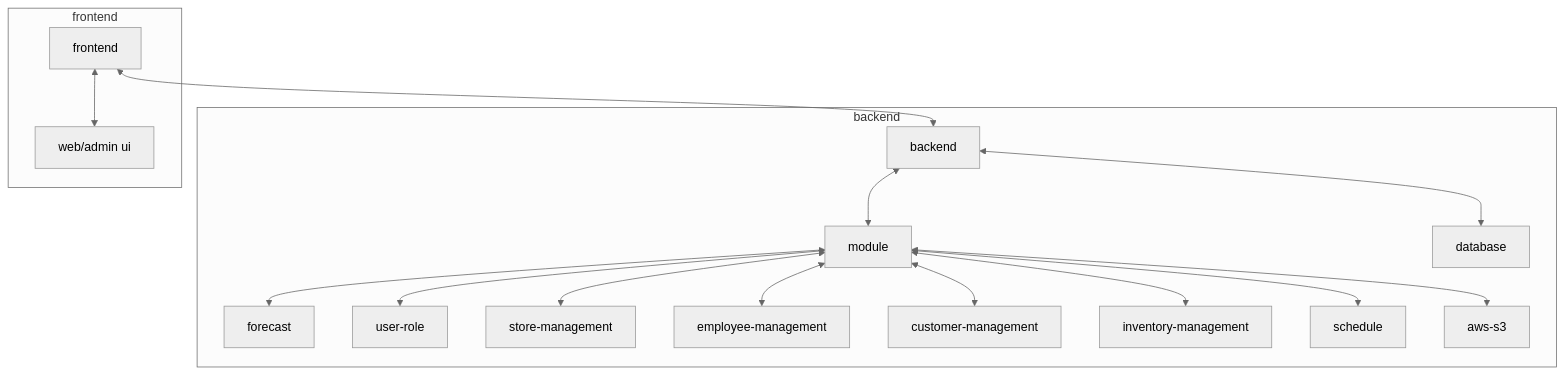
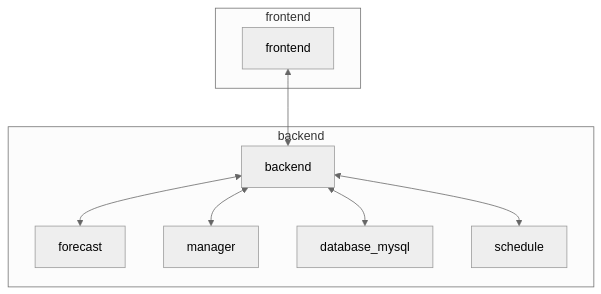
One commit to vutiendat2302/optima-product-winmart-system changed the first of 10 diagrams in README.md. Above: the diagram before and after it, drawn with Mermaid (neutral theme). The commit also changed other lines of this file, not shown here.

````diff
--- a/README.md
+++ b/README.md
@@ -17,27 +17,15 @@
 ``` mermaid
     flowchart BT
         subgraph frontend
             FE[frontend]
-            W1[web/admin ui]
-            W1 <--> FE
         end
-
         subgraph backend
             BE[backend]
-            FM[forecast] <--> SM
-            SM[module]
-            UR[user-role] <--> SM
-            SMH[store-management] <--> SM
-            EMH[employee-management] <--> SM
-            CMH[customer-management] <--> SM
-            WMH[inventory-management] <--> SM
-            SC[schedule] <--> SM
-            DB[database]
-            SV[aws-s3] <--> SM
+            FM[forecast] <--> BE
+            MN[manager] <--> BE
+            DB[database_mysql] <--> BE
+            SC[schedule] <--> BE
         end
-
         BE <--> FE
-        SM <--> BE
-        DB <--> BE
         
 ```
````
